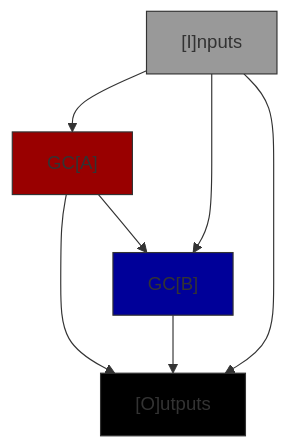
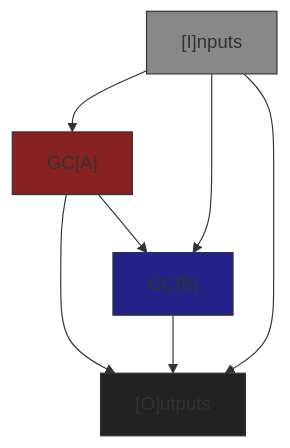
Before and after one commit to Shapedsundew9/erasmus-gp: the fifth of 7 diagrams in egppy/egppy/genetic_code/docs/graph.md, drawn with Mermaid. The commit also changed other lines of this file and 18 other files, not shown here.

````diff
--- a/egppy/egppy/genetic_code/docs/graph.md
+++ b/egppy/egppy/genetic_code/docs/graph.md
@@ -56,22 +203,22 @@
 ```mermaid
 %% Standard GC
 flowchart TB
     I["[I]nputs"]
     A["GC[A]"]
     B["GC[B]"]
     O["[O]utputs"]
     A --> O
     I --> A --> B --> O
     I --> B
     I --> O
     
-classDef Icd fill:#999,stroke:#333,stroke-width:1px
-classDef Acd fill:#900,stroke:#333,stroke-width:1px
-classDef Bcd fill:#009,stroke:#333,stroke-width:1px
-classDef Ocd fill:#000,stroke:#333,stroke-width:1px
+classDef Icd fill:#888888,stroke:#333,stroke-width:1px
+classDef Acd fill:#882222,stroke:#333,stroke-width:1px
+classDef Bcd fill:#222288,stroke:#333,stroke-width:1px
+classDef Ocd fill:#222222,stroke:#333,stroke-width:1px
 
 class I Icd
 class A Acd
 class B Bcd
 class O Ocd
 ```
````
